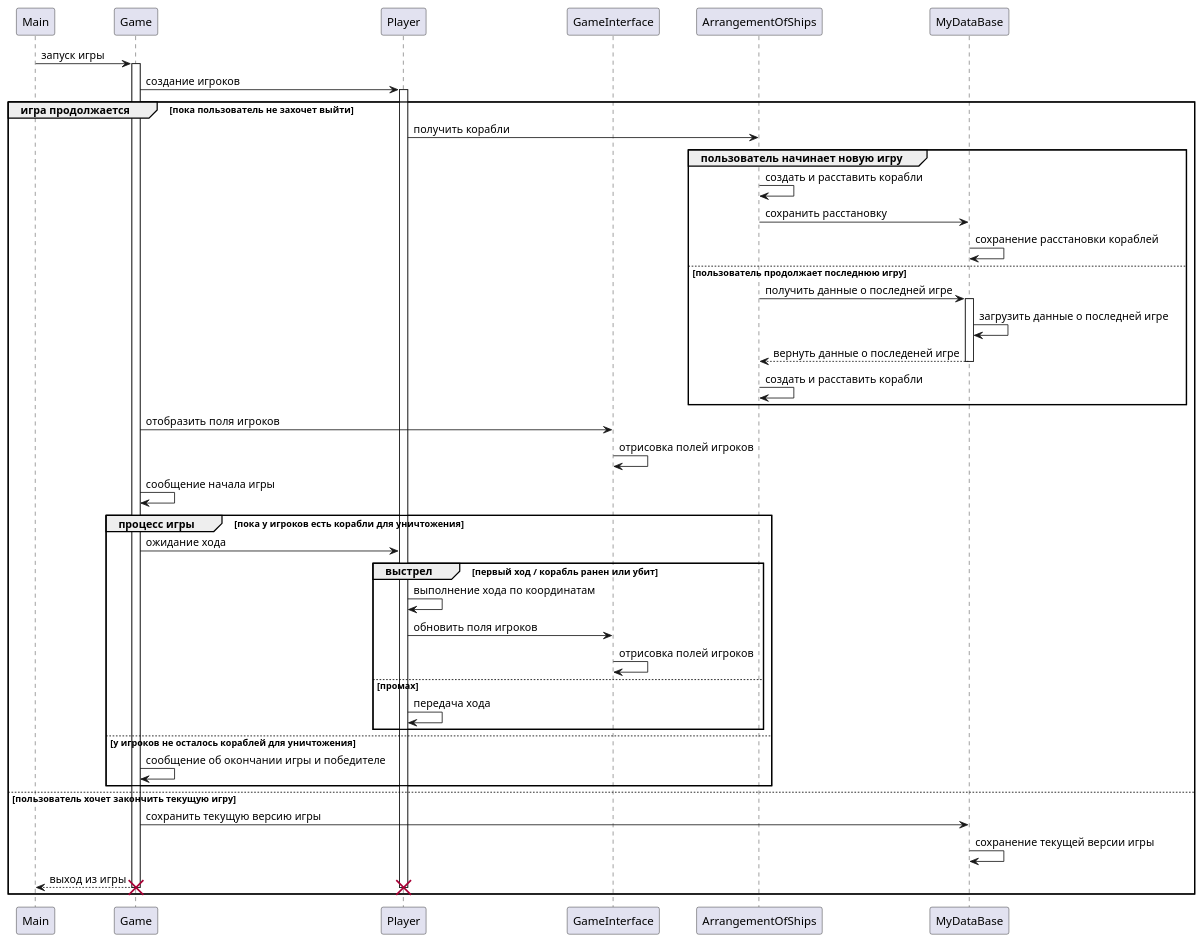
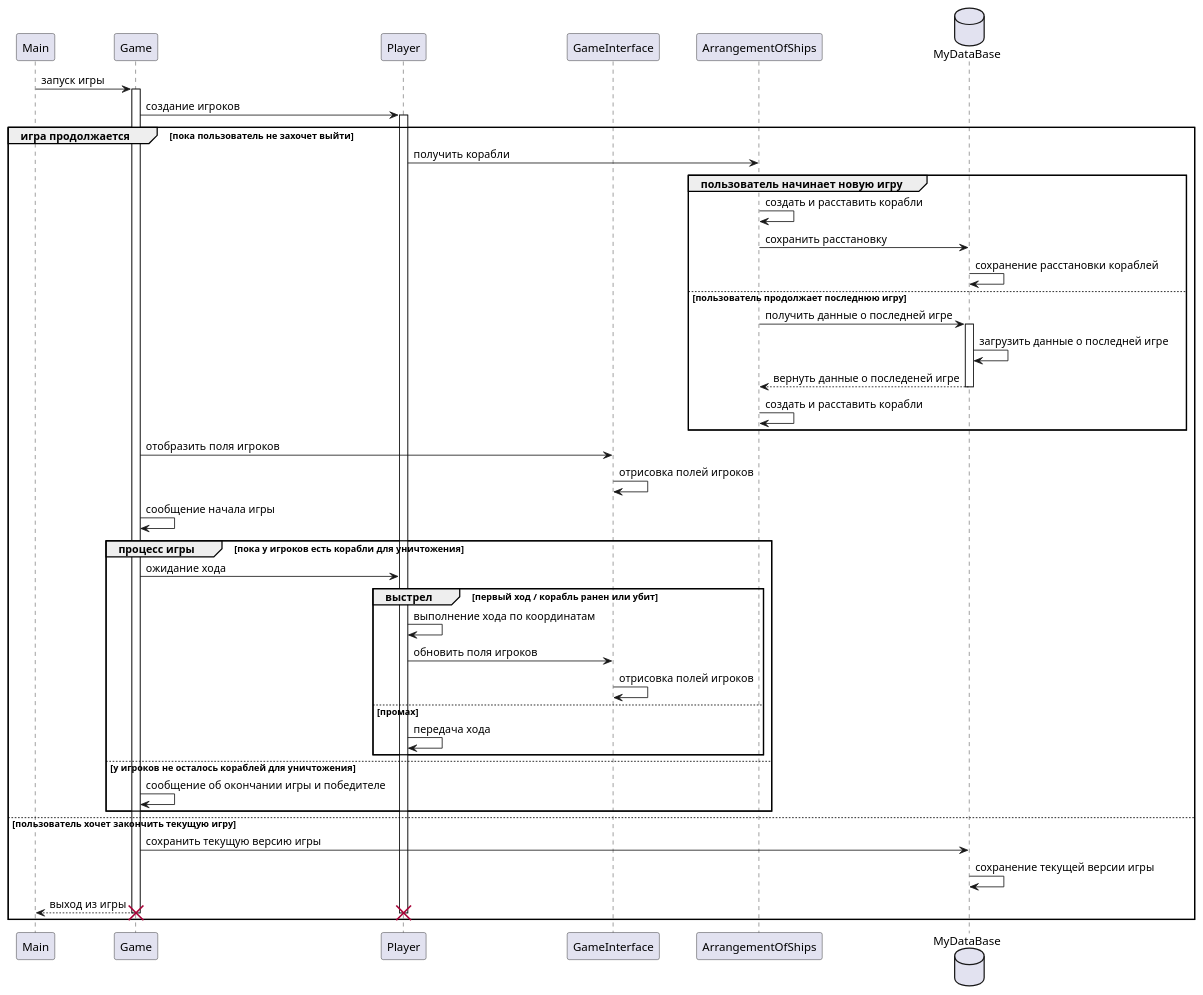
One commit to Shibenkova-Polina/SeaBattle changed the diagram in Дерево функций, правила, UML/sequenceDiagram.puml. Above: the diagram before and after it, drawn with PlantUML. The commit also changed 3 other files, not shown here.

```diff
--- a/Дерево функций, правила, UML/sequenceDiagram.puml
+++ b/Дерево функций, правила, UML/sequenceDiagram.puml
@@ -1,54 +1,54 @@
 @startuml
 
 participant Main
 participant Game
 participant Player
 participant GameInterface
 participant ArrangementOfShips
-participant MyDataBase
+database MyDataBase
 
 Main -> Game : запуск игры
     activate Game
     Game -> Player : создание игроков
     activate Player
     group игра продолжается [пока пользователь не захочет выйти]
         Player -> ArrangementOfShips : получить корабли
         group пользователь начинает новую игру
             ArrangementOfShips -> ArrangementOfShips : создать и расставить корабли
             ArrangementOfShips -> MyDataBase : сохранить расстановку
             MyDataBase -> MyDataBase : сохранение расстановки кораблей
         else пользователь продолжает последнюю игру
             ArrangementOfShips -> MyDataBase : получить данные о последней игре
             activate MyDataBase
             MyDataBase -> MyDataBase : загрузить данные о последней игре
             MyDataBase --> ArrangementOfShips : вернуть данные о последеней игре
             deactivate MyDataBase
             ArrangementOfShips -> ArrangementOfShips : создать и расставить корабли
         end
 
         Game -> GameInterface : отобразить поля игроков
         GameInterface -> GameInterface : отрисовка полей игроков
         Game -> Game : сообщение начала игры
 
         group процесс игры [пока у игроков есть корабли для уничтожения]
             Game -> Player : ожидание хода
             group выстрел [первый ход / корабль ранен или убит]
                 Player -> Player : выполнение хода по координатам
                 Player -> GameInterface : обновить поля игроков
                 GameInterface -> GameInterface : отрисовка полей игроков
             else промах
                 Player -> Player : передача хода
             end
         else у игроков не осталось кораблей для уничтожения
             Game -> Game : сообщение об окончании игры и победителе
         end
 
     else пользователь хочет закончить текущую игру
         Game -> MyDataBase : сохранить текущую версию игры
         MyDataBase -> MyDataBase : сохранение текущей версии игры
         Game --> Main : выход из игры
         destroy Player
         destroy Game
     end
 
 @enduml
```
